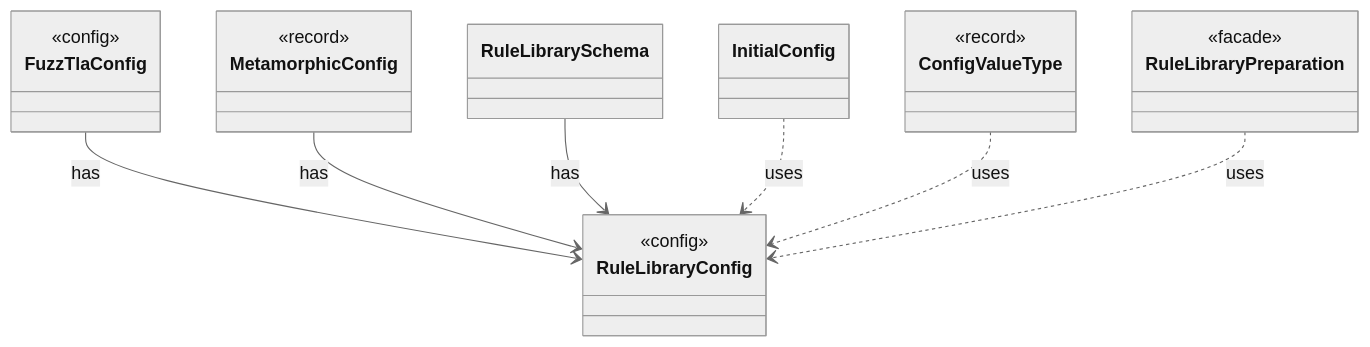
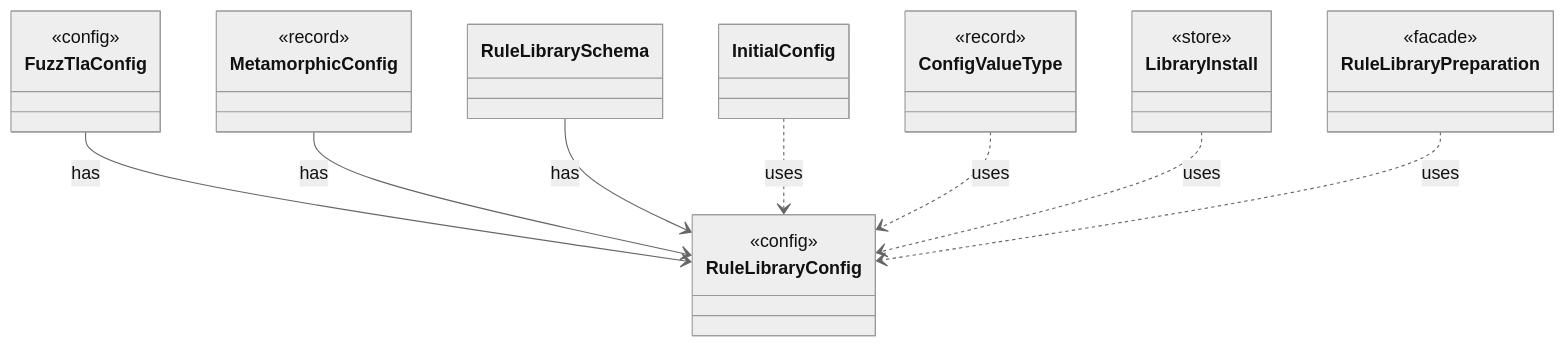
The diagram in dev/types/io.github.tlaplus.hardening.config.RuleLibraryConfig.md (tlaplus/model-checker-hardening), drawn with Mermaid (neutral theme) before and after one commit. The commit also changed other lines of this file and 413 other files, not shown here.

````diff
--- a/dev/types/io.github.tlaplus.hardening.config.RuleLibraryConfig.md
+++ b/dev/types/io.github.tlaplus.hardening.config.RuleLibraryConfig.md
@@ -9,26 +9,30 @@
 ```mermaid
 classDiagram
   class RuleLibraryConfig {
     <<config>>
   }
   class FuzzTlaConfig {
     <<config>>
   }
   class MetamorphicConfig {
     <<record>>
   }
   class RuleLibrarySchema
   class InitialConfig
   class ConfigValueType {
     <<record>>
   }
+  class LibraryInstall {
+    <<store>>
+  }
   class RuleLibraryPreparation {
     <<facade>>
   }
   FuzzTlaConfig --> RuleLibraryConfig : has
   MetamorphicConfig --> RuleLibraryConfig : has
   RuleLibrarySchema --> RuleLibraryConfig : has
   InitialConfig ..> RuleLibraryConfig : uses
   ConfigValueType ..> RuleLibraryConfig : uses
+  LibraryInstall ..> RuleLibraryConfig : uses
   RuleLibraryPreparation ..> RuleLibraryConfig : uses
 ```
````
